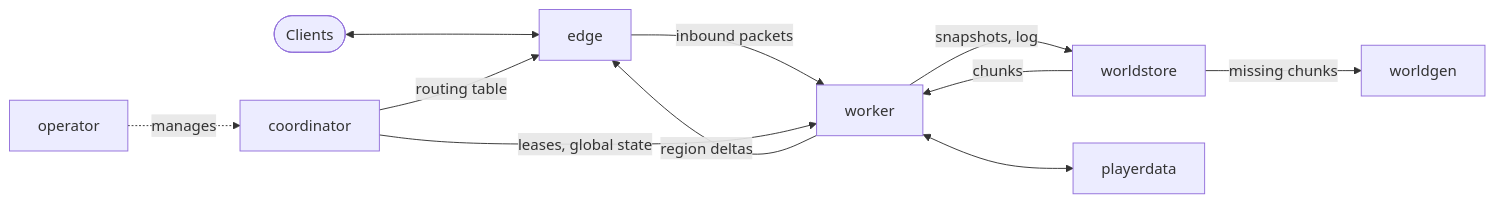
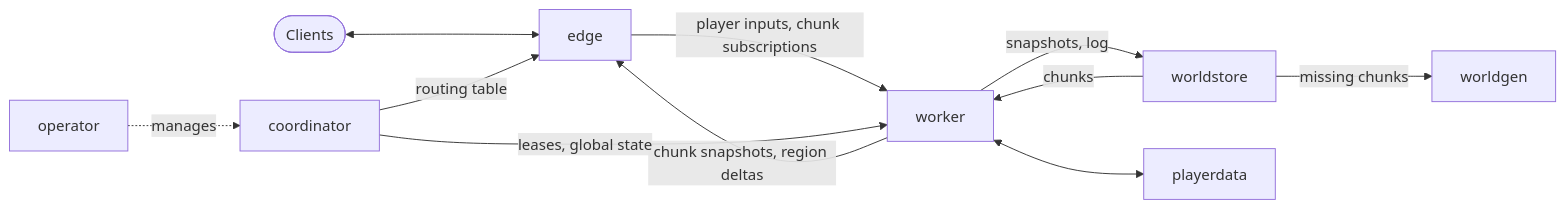
The diagram in docs/architecture.md (TropicLegend/clustine), drawn with Mermaid before and after one commit. The commit also changed other lines of this file and 27 other files, not shown here.

````diff
--- a/docs/architecture.md
+++ b/docs/architecture.md
@@ -20,13 +20,13 @@
 ```mermaid
 flowchart LR
     clients([Clients]) <--> edge
-    edge -- inbound packets --> worker
-    worker -- region deltas --> edge
+    edge -- player inputs, chunk subscriptions --> worker
+    worker -- chunk snapshots, region deltas --> edge
     coordinator -- routing table --> edge
     coordinator -- leases, global state --> worker
     worker -- snapshots, log --> worldstore
     worldstore -- chunks --> worker
     worldstore -- missing chunks --> worldgen
     worker <--> playerdata
     operator -. manages .-> coordinator
 ```
````
